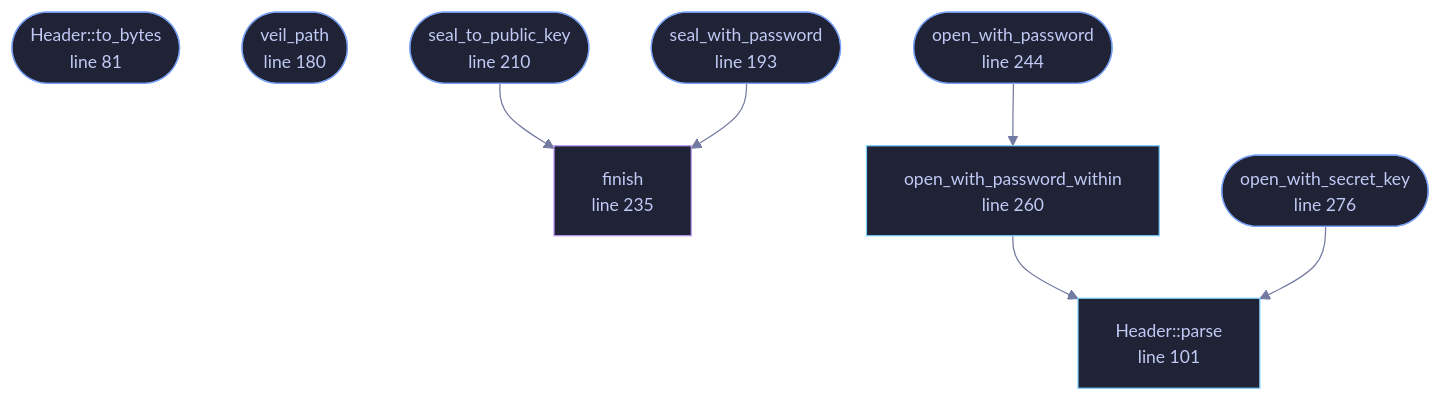
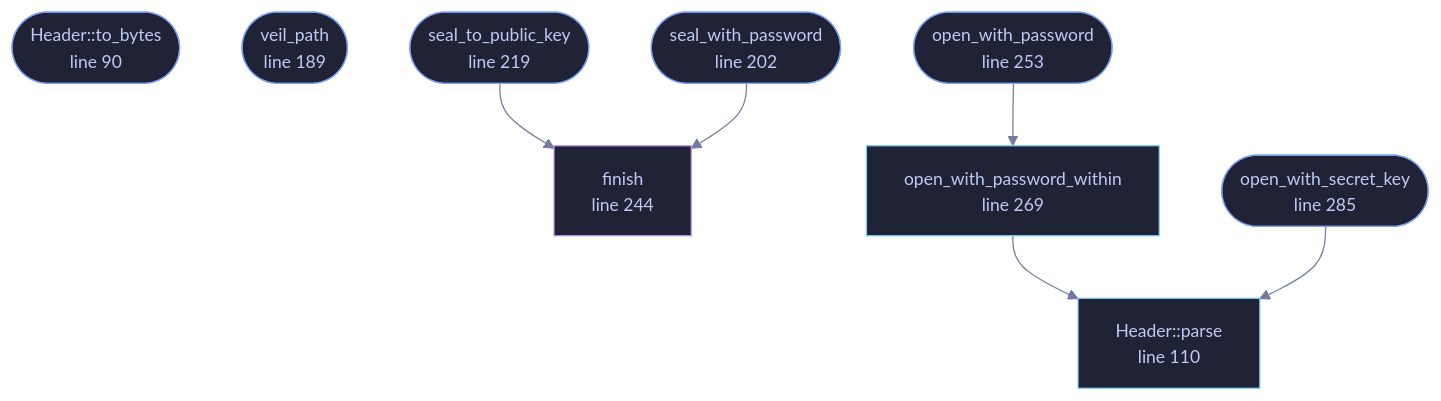
The diagram in docs/files/veilvoice-crypto/container.md (tilas01/veilvoice), drawn with Mermaid before and after one commit. The commit also changed other lines of this file and 130 other files, not shown here.

````diff
--- a/docs/files/veilvoice-crypto/container.md
+++ b/docs/files/veilvoice-crypto/container.md
@@ -102,33 +102,33 @@
 ```mermaid
 %%{init: {"theme":"base","themeVariables":{"background":"#1a1b26","primaryColor":"#1f2335","primaryTextColor":"#c0caf5","primaryBorderColor":"#7aa2f7","secondaryColor":"#16161e","tertiaryColor":"#16161e","lineColor":"#737aa2","textColor":"#c0caf5","mainBkg":"#1f2335","nodeBorder":"#7aa2f7","clusterBkg":"#16161e","clusterBorder":"#2f3549","fontFamily":"ui-monospace, SFMono-Regular, Consolas, monospace","fontSize":"14px"}}}%%
 flowchart TD
-    n_to_bytes(["Header::to_bytes<br/>line 81"])
-    n_parse["Header::parse<br/>line 101"]
-    n_veil_path(["veil_path<br/>line 180"])
-    n_seal_with_password(["seal_with_password<br/>line 193"])
-    n_seal_to_public_key(["seal_to_public_key<br/>line 210"])
-    n_finish["finish<br/>line 235"]
-    n_open_with_password(["open_with_password<br/>line 244"])
-    n_open_with_password_within["open_with_password_within<br/>line 260"]
-    n_open_with_secret_key(["open_with_secret_key<br/>line 276"])
+    n_to_bytes(["Header::to_bytes<br/>line 90"])
+    n_parse["Header::parse<br/>line 110"]
+    n_veil_path(["veil_path<br/>line 189"])
+    n_seal_with_password(["seal_with_password<br/>line 202"])
+    n_seal_to_public_key(["seal_to_public_key<br/>line 219"])
+    n_finish["finish<br/>line 244"]
+    n_open_with_password(["open_with_password<br/>line 253"])
+    n_open_with_password_within["open_with_password_within<br/>line 269"]
+    n_open_with_secret_key(["open_with_secret_key<br/>line 285"])
     n_open_with_password --> n_open_with_password_within
     n_open_with_password_within --> n_parse
     n_open_with_secret_key --> n_parse
     n_seal_to_public_key --> n_finish
     n_seal_with_password --> n_finish
-    click n_to_bytes href "https://github.com/tilas01/veilvoice/blob/main/crates/veilvoice-crypto/src/container.rs#L81" "open the source"
-    click n_parse href "https://github.com/tilas01/veilvoice/blob/main/crates/veilvoice-crypto/src/container.rs#L101" "open the source"
-    click n_veil_path href "https://github.com/tilas01/veilvoice/blob/main/crates/veilvoice-crypto/src/container.rs#L180" "open the source"
-    click n_seal_with_password href "https://github.com/tilas01/veilvoice/blob/main/crates/veilvoice-crypto/src/container.rs#L193" "open the source"
-    click n_seal_to_public_key href "https://github.com/tilas01/veilvoice/blob/main/crates/veilvoice-crypto/src/container.rs#L210" "open the source"
-    click n_finish href "https://github.com/tilas01/veilvoice/blob/main/crates/veilvoice-crypto/src/container.rs#L235" "open the source"
-    click n_open_with_password href "https://github.com/tilas01/veilvoice/blob/main/crates/veilvoice-crypto/src/container.rs#L244" "open the source"
-    click n_open_with_password_within href "https://github.com/tilas01/veilvoice/blob/main/crates/veilvoice-crypto/src/container.rs#L260" "open the source"
-    click n_open_with_secret_key href "https://github.com/tilas01/veilvoice/blob/main/crates/veilvoice-crypto/src/container.rs#L276" "open the source"
+    click n_to_bytes href "https://github.com/tilas01/veilvoice/blob/main/crates/veilvoice-crypto/src/container.rs#L90" "open the source"
+    click n_parse href "https://github.com/tilas01/veilvoice/blob/main/crates/veilvoice-crypto/src/container.rs#L110" "open the source"
+    click n_veil_path href "https://github.com/tilas01/veilvoice/blob/main/crates/veilvoice-crypto/src/container.rs#L189" "open the source"
+    click n_seal_with_password href "https://github.com/tilas01/veilvoice/blob/main/crates/veilvoice-crypto/src/container.rs#L202" "open the source"
+    click n_seal_to_public_key href "https://github.com/tilas01/veilvoice/blob/main/crates/veilvoice-crypto/src/container.rs#L219" "open the source"
+    click n_finish href "https://github.com/tilas01/veilvoice/blob/main/crates/veilvoice-crypto/src/container.rs#L244" "open the source"
+    click n_open_with_password href "https://github.com/tilas01/veilvoice/blob/main/crates/veilvoice-crypto/src/container.rs#L253" "open the source"
+    click n_open_with_password_within href "https://github.com/tilas01/veilvoice/blob/main/crates/veilvoice-crypto/src/container.rs#L269" "open the source"
+    click n_open_with_secret_key href "https://github.com/tilas01/veilvoice/blob/main/crates/veilvoice-crypto/src/container.rs#L285" "open the source"
     classDef entry fill:#1f2335,stroke:#7aa2f7,color:#c0caf5
     class n_to_bytes,n_veil_path,n_seal_with_password,n_seal_to_public_key,n_open_with_password,n_open_with_secret_key entry
     classDef api fill:#1f2335,stroke:#7dcfff,color:#c0caf5
     class n_parse,n_open_with_password_within api
     classDef helper fill:#1f2335,stroke:#bb9af7,color:#c0caf5
     class n_finish helper
 ```
````
